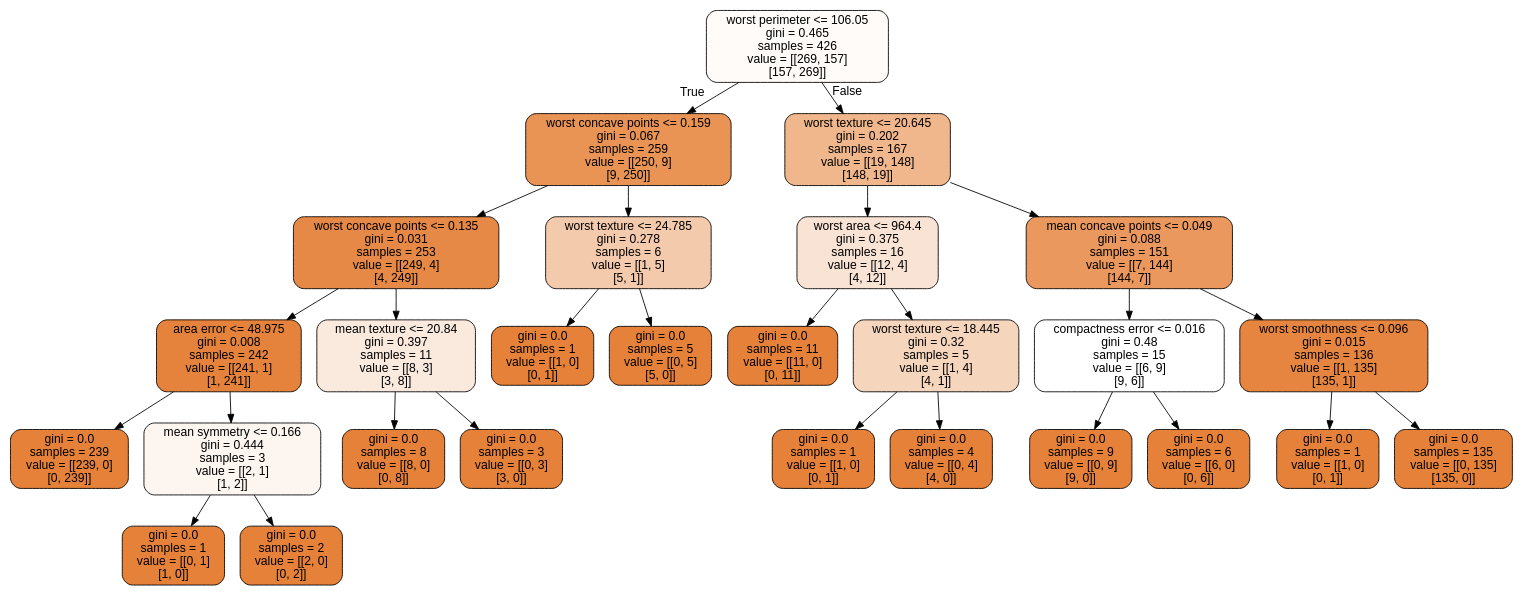
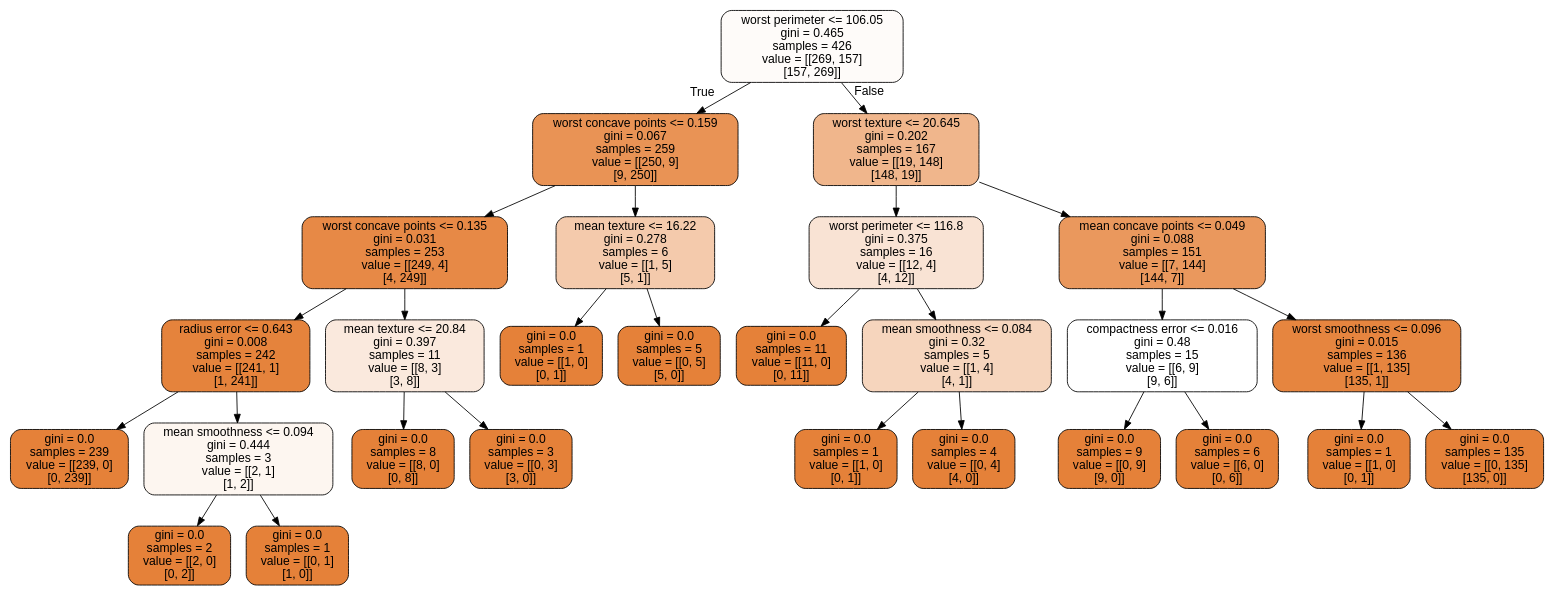
Before and after one commit to CompPhysics/MachineLearning: the diagram in doc/LectureNotes/DataFiles/cancer.dot, drawn with Graphviz. The commit also changed 349 other files, not shown here.

```diff
--- a/doc/LectureNotes/DataFiles/cancer.dot
+++ b/doc/LectureNotes/DataFiles/cancer.dot
@@ -1,57 +1,57 @@
 digraph Tree {
 node [shape=box, style="filled, rounded", color="black", fontname="helvetica"] ;
 edge [fontname="helvetica"] ;
 0 [label="worst perimeter <= 106.05\ngini = 0.465\nsamples = 426\nvalue = [[269, 157]\n[157, 269]]", fillcolor="#fefbf9"] ;
 1 [label="worst concave points <= 0.159\ngini = 0.067\nsamples = 259\nvalue = [[250, 9]\n[9, 250]]", fillcolor="#e99355"] ;
 0 -> 1 [labeldistance=2.5, labelangle=45, headlabel="True"] ;
 2 [label="worst concave points <= 0.135\ngini = 0.031\nsamples = 253\nvalue = [[249, 4]\n[4, 249]]", fillcolor="#e78946"] ;
 1 -> 2 ;
-3 [label="area error <= 48.975\ngini = 0.008\nsamples = 242\nvalue = [[241, 1]\n[1, 241]]", fillcolor="#e5833c"] ;
+3 [label="radius error <= 0.643\ngini = 0.008\nsamples = 242\nvalue = [[241, 1]\n[1, 241]]", fillcolor="#e5833c"] ;
 2 -> 3 ;
 4 [label="gini = 0.0\nsamples = 239\nvalue = [[239, 0]\n[0, 239]]", fillcolor="#e58139"] ;
 3 -> 4 ;
-5 [label="mean symmetry <= 0.166\ngini = 0.444\nsamples = 3\nvalue = [[2, 1]\n[1, 2]]", fillcolor="#fdf6f0"] ;
+5 [label="mean smoothness <= 0.094\ngini = 0.444\nsamples = 3\nvalue = [[2, 1]\n[1, 2]]", fillcolor="#fdf6f0"] ;
 3 -> 5 ;
-6 [label="gini = 0.0\nsamples = 1\nvalue = [[0, 1]\n[1, 0]]", fillcolor="#e58139"] ;
+6 [label="gini = 0.0\nsamples = 2\nvalue = [[2, 0]\n[0, 2]]", fillcolor="#e58139"] ;
 5 -> 6 ;
-7 [label="gini = 0.0\nsamples = 2\nvalue = [[2, 0]\n[0, 2]]", fillcolor="#e58139"] ;
+7 [label="gini = 0.0\nsamples = 1\nvalue = [[0, 1]\n[1, 0]]", fillcolor="#e58139"] ;
 5 -> 7 ;
 8 [label="mean texture <= 20.84\ngini = 0.397\nsamples = 11\nvalue = [[8, 3]\n[3, 8]]", fillcolor="#fae9dd"] ;
 2 -> 8 ;
 9 [label="gini = 0.0\nsamples = 8\nvalue = [[8, 0]\n[0, 8]]", fillcolor="#e58139"] ;
 8 -> 9 ;
 10 [label="gini = 0.0\nsamples = 3\nvalue = [[0, 3]\n[3, 0]]", fillcolor="#e58139"] ;
 8 -> 10 ;
-11 [label="worst texture <= 24.785\ngini = 0.278\nsamples = 6\nvalue = [[1, 5]\n[5, 1]]", fillcolor="#f4caac"] ;
+11 [label="mean texture <= 16.22\ngini = 0.278\nsamples = 6\nvalue = [[1, 5]\n[5, 1]]", fillcolor="#f4caac"] ;
 1 -> 11 ;
 12 [label="gini = 0.0\nsamples = 1\nvalue = [[1, 0]\n[0, 1]]", fillcolor="#e58139"] ;
 11 -> 12 ;
 13 [label="gini = 0.0\nsamples = 5\nvalue = [[0, 5]\n[5, 0]]", fillcolor="#e58139"] ;
 11 -> 13 ;
 14 [label="worst texture <= 20.645\ngini = 0.202\nsamples = 167\nvalue = [[19, 148]\n[148, 19]]", fillcolor="#f0b68c"] ;
 0 -> 14 [labeldistance=2.5, labelangle=-45, headlabel="False"] ;
-15 [label="worst area <= 964.4\ngini = 0.375\nsamples = 16\nvalue = [[12, 4]\n[4, 12]]", fillcolor="#f9e3d4"] ;
+15 [label="worst perimeter <= 116.8\ngini = 0.375\nsamples = 16\nvalue = [[12, 4]\n[4, 12]]", fillcolor="#f9e3d4"] ;
 14 -> 15 ;
 16 [label="gini = 0.0\nsamples = 11\nvalue = [[11, 0]\n[0, 11]]", fillcolor="#e58139"] ;
 15 -> 16 ;
-17 [label="worst texture <= 18.445\ngini = 0.32\nsamples = 5\nvalue = [[1, 4]\n[4, 1]]", fillcolor="#f6d5bd"] ;
+17 [label="mean smoothness <= 0.084\ngini = 0.32\nsamples = 5\nvalue = [[1, 4]\n[4, 1]]", fillcolor="#f6d5bd"] ;
 15 -> 17 ;
 18 [label="gini = 0.0\nsamples = 1\nvalue = [[1, 0]\n[0, 1]]", fillcolor="#e58139"] ;
 17 -> 18 ;
 19 [label="gini = 0.0\nsamples = 4\nvalue = [[0, 4]\n[4, 0]]", fillcolor="#e58139"] ;
 17 -> 19 ;
 20 [label="mean concave points <= 0.049\ngini = 0.088\nsamples = 151\nvalue = [[7, 144]\n[144, 7]]", fillcolor="#ea985d"] ;
 14 -> 20 ;
 21 [label="compactness error <= 0.016\ngini = 0.48\nsamples = 15\nvalue = [[6, 9]\n[9, 6]]", fillcolor="#ffffff"] ;
 20 -> 21 ;
 22 [label="gini = 0.0\nsamples = 9\nvalue = [[0, 9]\n[9, 0]]", fillcolor="#e58139"] ;
 21 -> 22 ;
 23 [label="gini = 0.0\nsamples = 6\nvalue = [[6, 0]\n[0, 6]]", fillcolor="#e58139"] ;
 21 -> 23 ;
 24 [label="worst smoothness <= 0.096\ngini = 0.015\nsamples = 136\nvalue = [[1, 135]\n[135, 1]]", fillcolor="#e6853f"] ;
 20 -> 24 ;
 25 [label="gini = 0.0\nsamples = 1\nvalue = [[1, 0]\n[0, 1]]", fillcolor="#e58139"] ;
 24 -> 25 ;
 26 [label="gini = 0.0\nsamples = 135\nvalue = [[0, 135]\n[135, 0]]", fillcolor="#e58139"] ;
 24 -> 26 ;
 }
```
